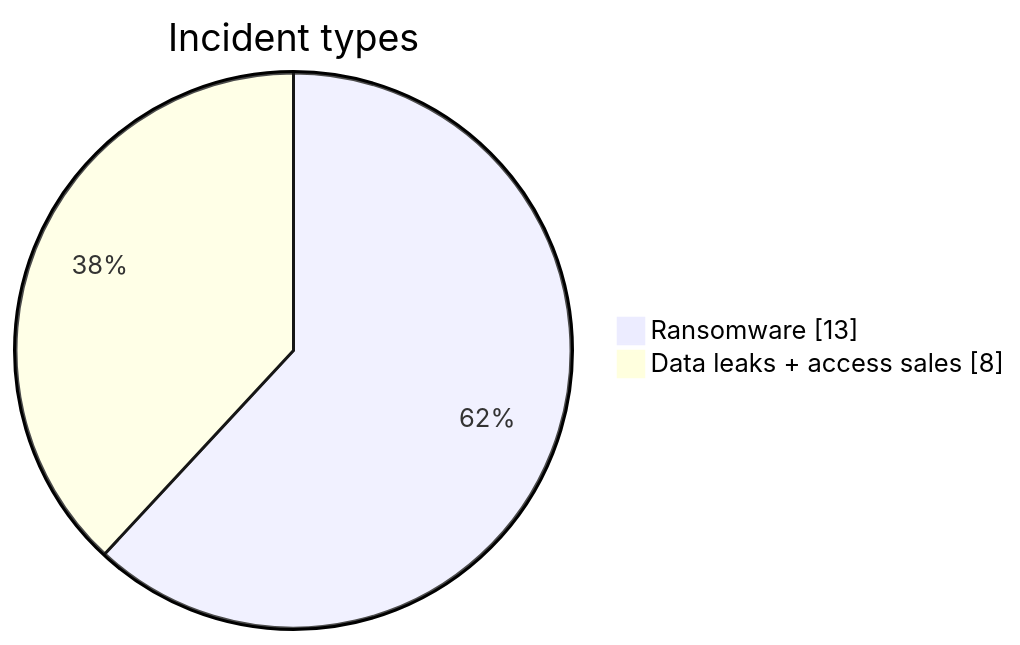
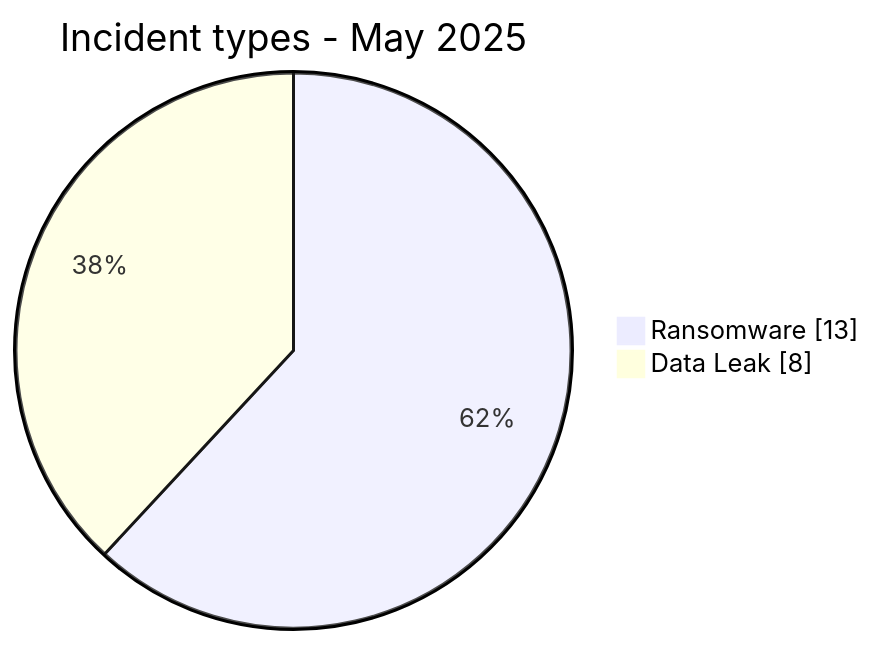
Before and after one commit to Hatchepsoute/AFRINTEL: the first of 3 diagrams in CyberAttackAfrica/2025/05-may/README.md, drawn with Mermaid. The commit also changed other lines of this file and 3 other files, not shown here.

````diff
--- a/CyberAttackAfrica/2025/05-may/README.md
+++ b/CyberAttackAfrica/2025/05-may/README.md
@@ -125,6 +67,6 @@
 ```mermaid
 pie showData
-    title Incident types
+    title Incident types - May 2025
     "Ransomware" : 13
-    "Data leaks + access sales" : 8
+    "Data Leak" : 8
 ```
````
